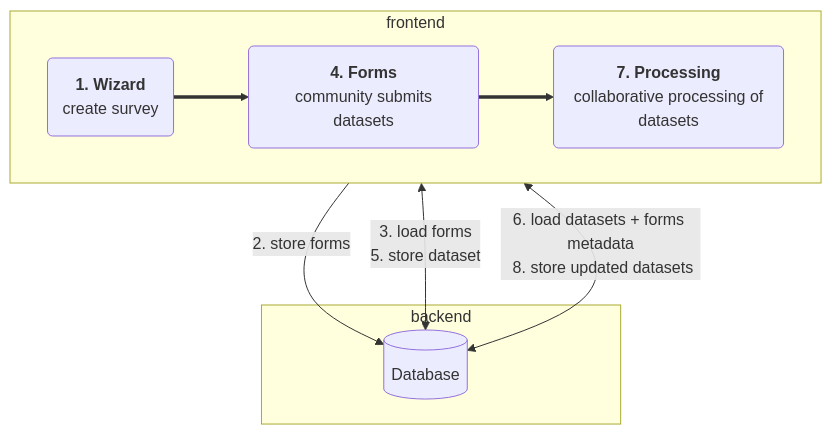
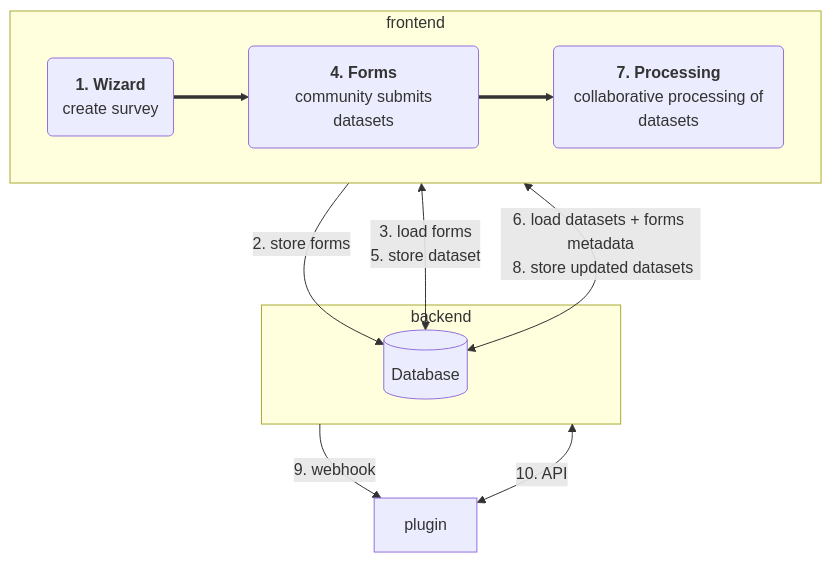
The second of 2 diagrams in doc/src/arch/overview.md (FormsWizard/formswizard), drawn with Mermaid before and after one commit. The commit also changed 4 other files, not shown here.

````diff
--- a/doc/src/arch/overview.md
+++ b/doc/src/arch/overview.md
@@ -25,15 +25,20 @@
 ```mermaid
 flowchart TB
     subgraph frontend
       direction LR
       wizard(<b>1. Wizard</b><br/> create survey) ==> forms(<b>4. Forms</b><br/> community submits datasets) ==> processing(<b>7. Processing</b><br/> collaborative processing of datasets)
     end
 
     subgraph backend
       db[(Database)]
     end
 
+    plugin
+
     wizard -- 2. store forms --> db
     forms <-- 3. load forms<br/> 5. store dataset --> db
     processing <-- 6. load datasets + forms metadata<br/> 8. store updated datasets --> db
+
+    backend -- 9. webhook --> plugin
+    plugin <-- 10. API --> backend
 ```
````
